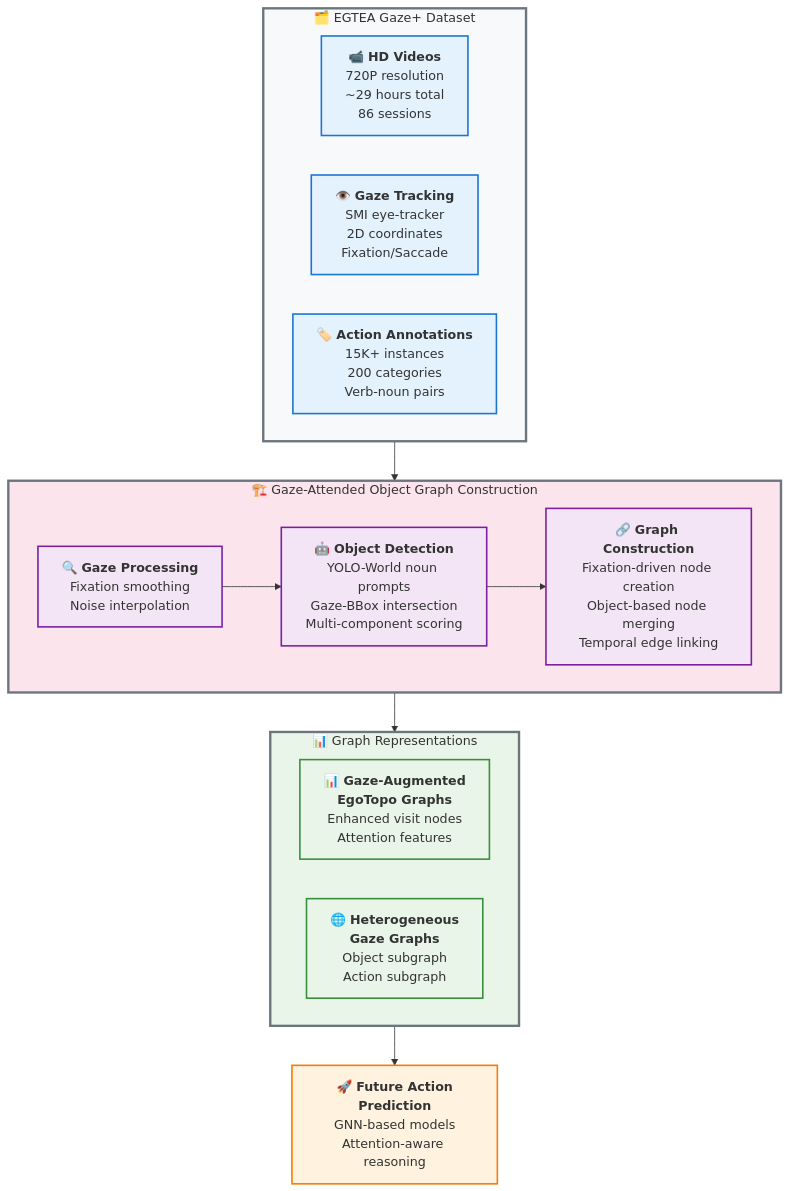
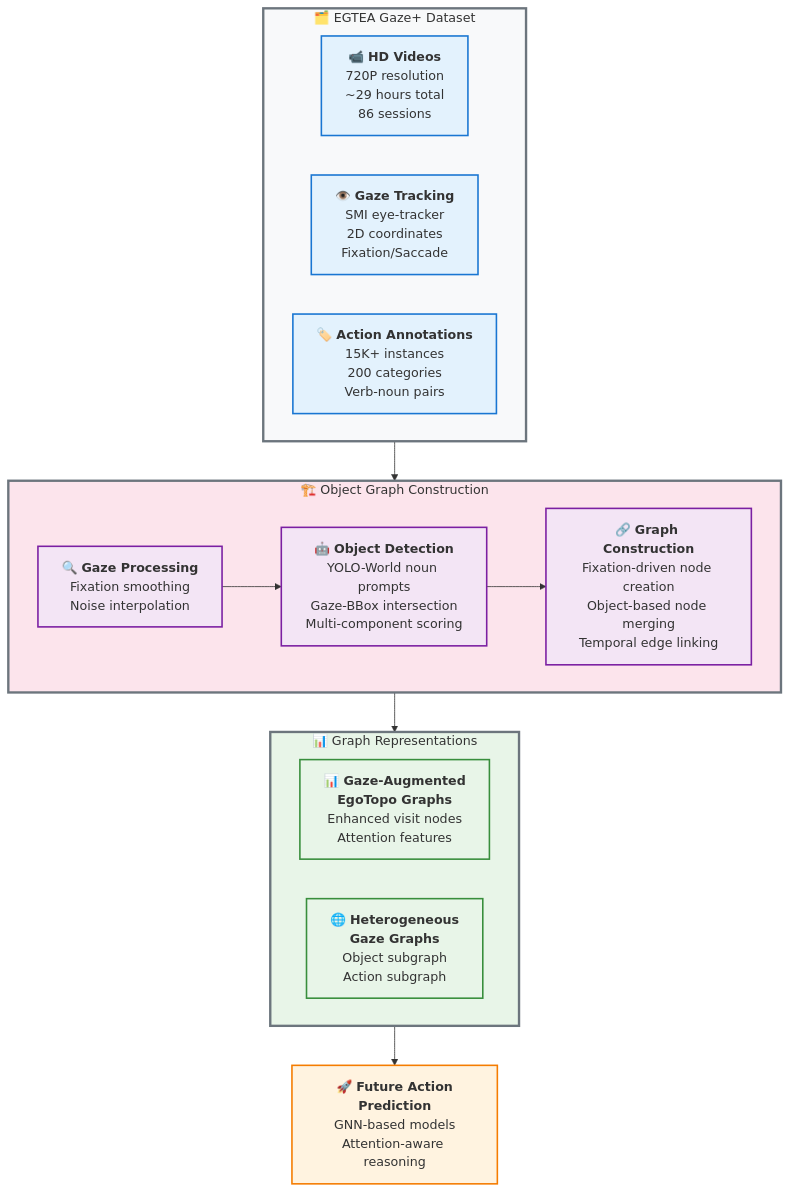
One commit to tavis-siebert/gaze-guided-scene changed the diagram in figures/graph-construction-overview.md. Above: the diagram before and after it, drawn with Mermaid.

Commit message:
fix(figures): rename pipeline subgraph for clarity

```diff
--- a/figures/graph-construction-overview.md
+++ b/figures/graph-construction-overview.md
@@ -23,7 +23,7 @@
     end
     
     %% Core Processing Pipeline - Second level
-    subgraph Pipeline["🏗️ Gaze-Attended Object Graph Construction"]
+    subgraph Pipeline["🏗️ Object Graph Construction"]
         direction LR
         D["`🔍 **Gaze Processing**
         Fixation smoothing
```
